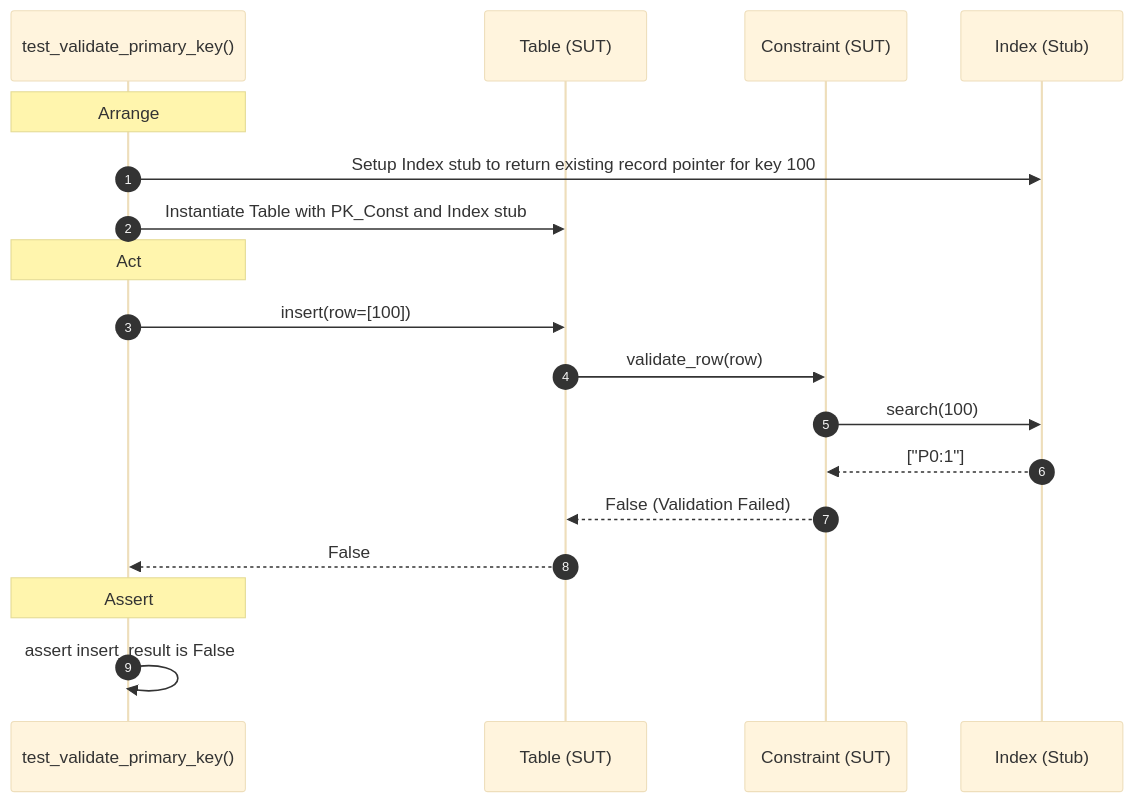
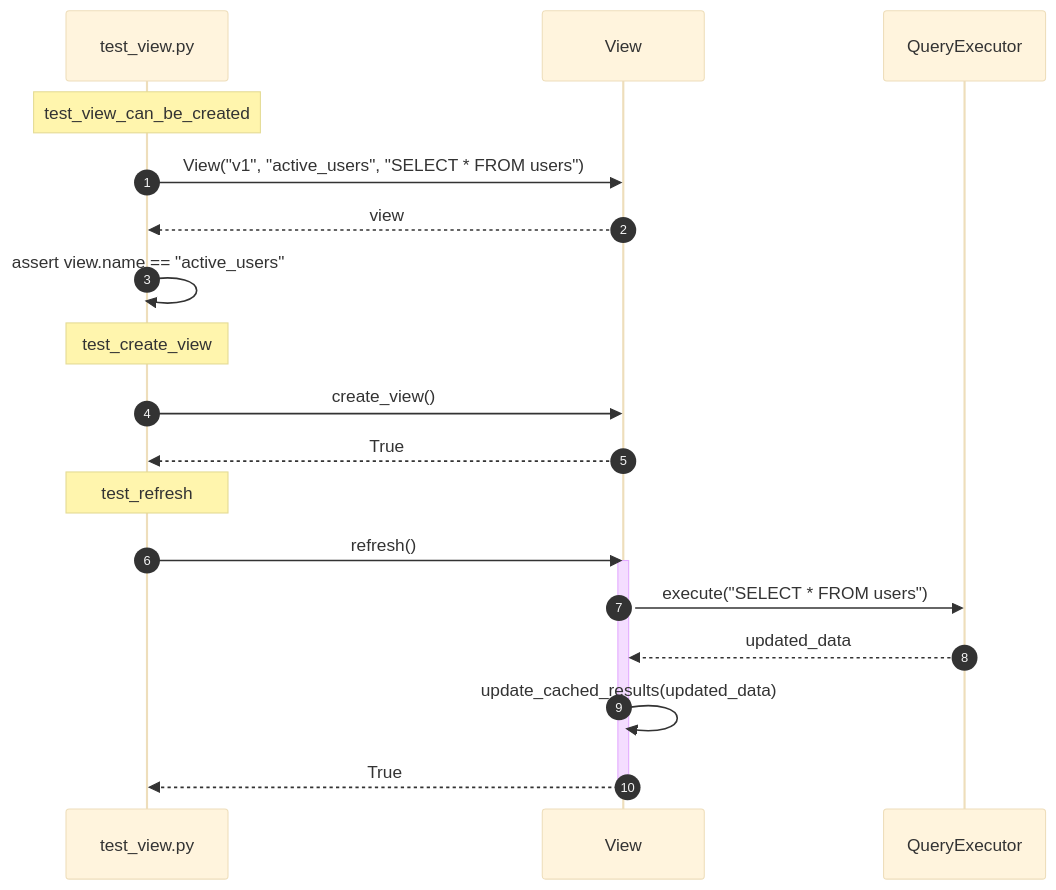
One commit to taitran501/DBMS changed diagram 16 of 16 in diagrams/sequence/database_object.md. Above: the diagram before and after it, drawn with Mermaid (base theme). The commit also changed other lines of this file and 5 other files, not shown here.

Commit message:
docs: udpate sequence unit test diagrams

````diff
--- a/diagrams/sequence/database_object.md
+++ b/diagrams/sequence/database_object.md
@@ -91,23 +597,25 @@
 ```mermaid
 sequenceDiagram
     autonumber
-    participant Test as test_validate_primary_key()
-    participant Table as Table (SUT)
-    participant PK_Const as Constraint (SUT)
-    participant Idx as Index (Stub)
+    participant Test as test_view.py
+    participant SUT as View
+    participant QE as QueryExecutor
 
-    Note over Test: Arrange
-    Test->>Idx: Setup Index stub to return existing record pointer for key 100
-    Test->>Table: Instantiate Table with PK_Const and Index stub
+    Note over Test: test_view_can_be_created
+    Test->>SUT: View("v1", "active_users", "SELECT * FROM users")
+    SUT-->>Test: view
+    Test->>Test: assert view.name == "active_users"
 
-    Note over Test: Act
-    Test->>Table: insert(row=[100])
-    Table->>PK_Const: validate_row(row)
-    PK_Const->>Idx: search(100)
-    Idx-->>PK_Const: ["P0:1"]
-    PK_Const-->>Table: False (Validation Failed)
-    Table-->>Test: False
+    Note over Test: test_create_view
+    Test->>SUT: create_view()
+    SUT-->>Test: True
 
-    Note over Test: Assert
-    Test->>Test: assert insert_result is False
+    Note over Test: test_refresh
+    Test->>SUT: refresh()
+    activate SUT
+    SUT->>QE: execute("SELECT * FROM users")
+    QE-->>SUT: updated_data
+    SUT->>SUT: update_cached_results(updated_data)
+    SUT-->>Test: True
+    deactivate SUT
 ```
````
